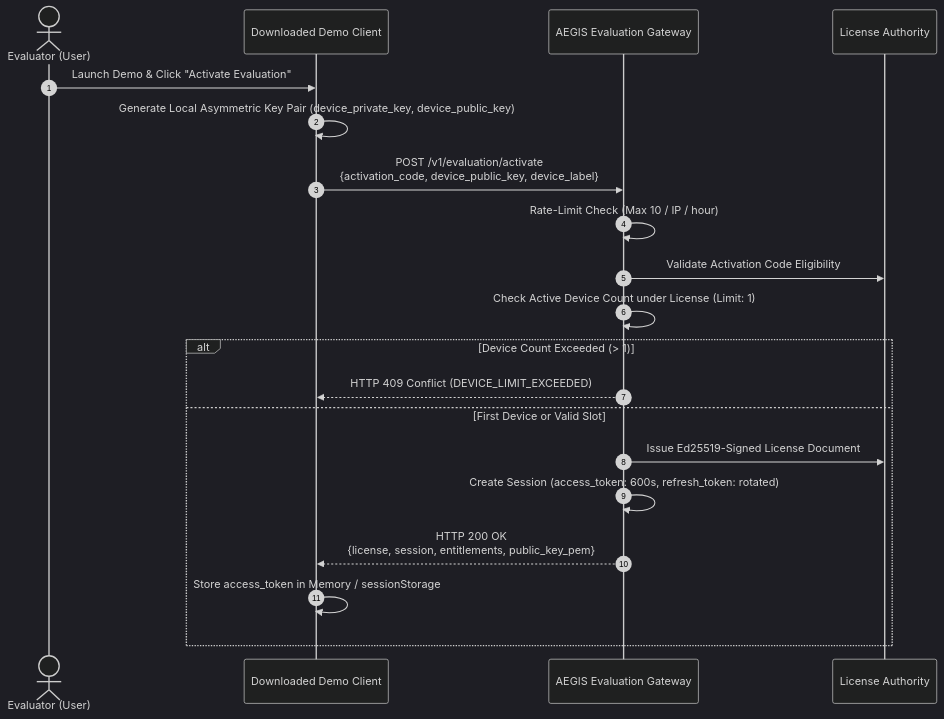
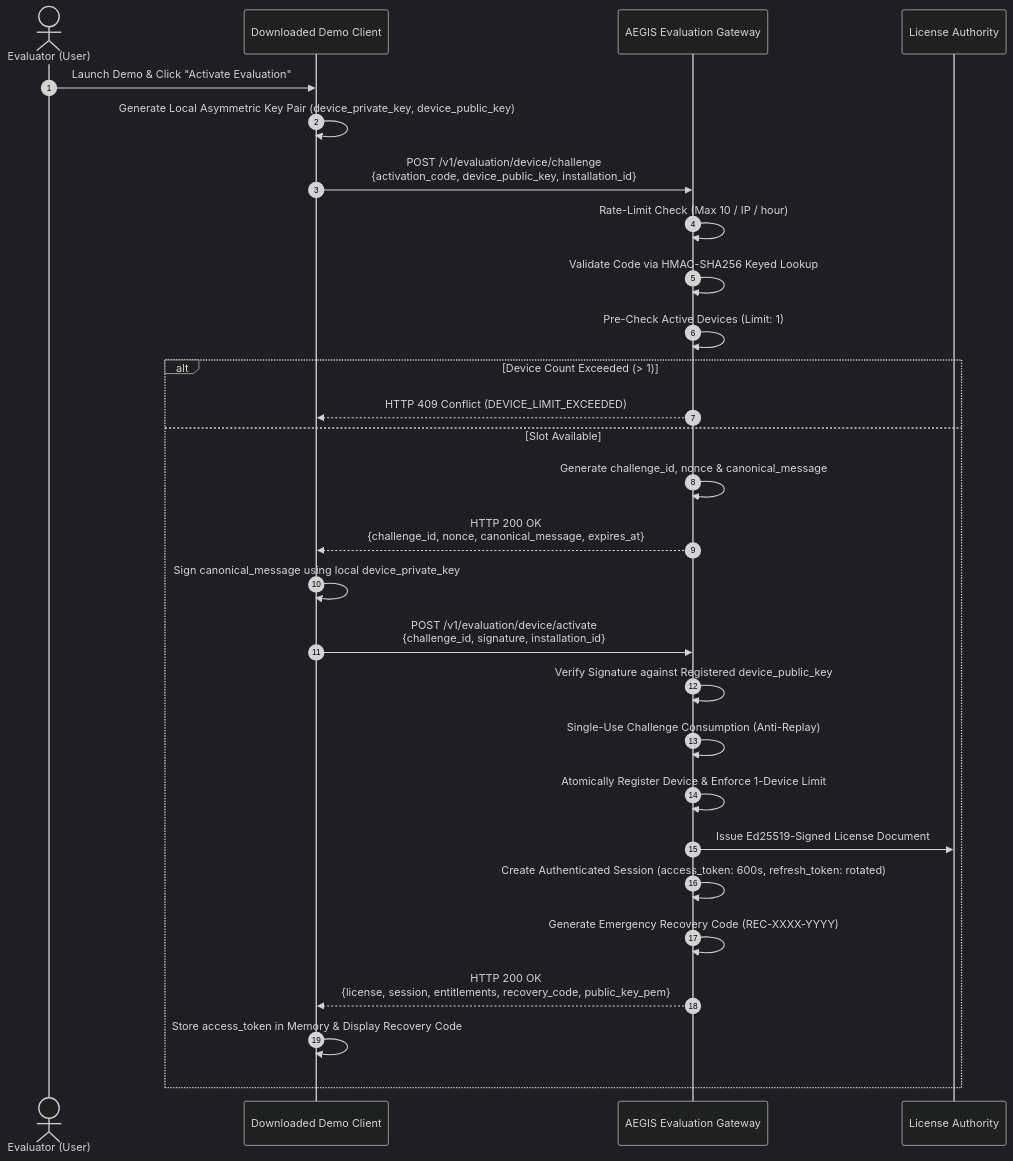
The diagram in docs/distribution/prot-04-auth-licensing/03_ACTIVATION_AND_DEVICE_BINDING.md (SahilKhutey/AEGIS-DocIntel), drawn with Mermaid (dark theme) before and after one commit. The commit also changed other lines of this file and 28 other files, not shown here.

Commit message:
feat(prot-04.03): deliver evaluation activation, device binding protocol, and audit dossiers

````diff
--- a/docs/distribution/prot-04-auth-licensing/03_ACTIVATION_AND_DEVICE_BINDING.md
+++ b/docs/distribution/prot-04-auth-licensing/03_ACTIVATION_AND_DEVICE_BINDING.md
@@ -13,23 +14,31 @@
 ```mermaid
 sequenceDiagram
     autonumber
     actor Evaluator as Evaluator (User)
     participant Client as Downloaded Demo Client
     participant Gateway as AEGIS Evaluation Gateway
     participant Authority as License Authority
 
     Evaluator->>Client: Launch Demo & Click "Activate Evaluation"
     Client->>Client: Generate Local Asymmetric Key Pair (device_private_key, device_public_key)
-    Client->>Gateway: POST /v1/evaluation/activate<br/>{activation_code, device_public_key, device_label}
+    Client->>Gateway: POST /v1/evaluation/device/challenge<br/>{activation_code, device_public_key, installation_id}
     Gateway->>Gateway: Rate-Limit Check (Max 10 / IP / hour)
-    Gateway->>Authority: Validate Activation Code Eligibility
-    Gateway->>Gateway: Check Active Device Count under License (Limit: 1)
+    Gateway->>Gateway: Validate Code via HMAC-SHA256 Keyed Lookup
+    Gateway->>Gateway: Pre-Check Active Devices (Limit: 1)
     alt Device Count Exceeded (> 1)
         Gateway-->>Client: HTTP 409 Conflict (DEVICE_LIMIT_EXCEEDED)
-    else First Device or Valid Slot
+    else Slot Available
+        Gateway->>Gateway: Generate challenge_id, nonce & canonical_message
+        Gateway-->>Client: HTTP 200 OK<br/>{challenge_id, nonce, canonical_message, expires_at}
+        Client->>Client: Sign canonical_message using local device_private_key
+        Client->>Gateway: POST /v1/evaluation/device/activate<br/>{challenge_id, signature, installation_id}
+        Gateway->>Gateway: Verify Signature against Registered device_public_key
+        Gateway->>Gateway: Single-Use Challenge Consumption (Anti-Replay)
+        Gateway->>Gateway: Atomically Register Device & Enforce 1-Device Limit
         Gateway->>Authority: Issue Ed25519-Signed License Document
-        Gateway->>Gateway: Create Session (access_token: 600s, refresh_token: rotated)
-        Gateway-->>Client: HTTP 200 OK<br/>{license, session, entitlements, public_key_pem}
-        Client->>Client: Store access_token in Memory / sessionStorage
+        Gateway->>Gateway: Create Authenticated Session (access_token: 600s, refresh_token: rotated)
+        Gateway->>Gateway: Generate Emergency Recovery Code (REC-XXXX-YYYY)
+        Gateway-->>Client: HTTP 200 OK<br/>{license, session, entitlements, recovery_code, public_key_pem}
+        Client->>Client: Store access_token in Memory & Display Recovery Code
     end
 ```
````
